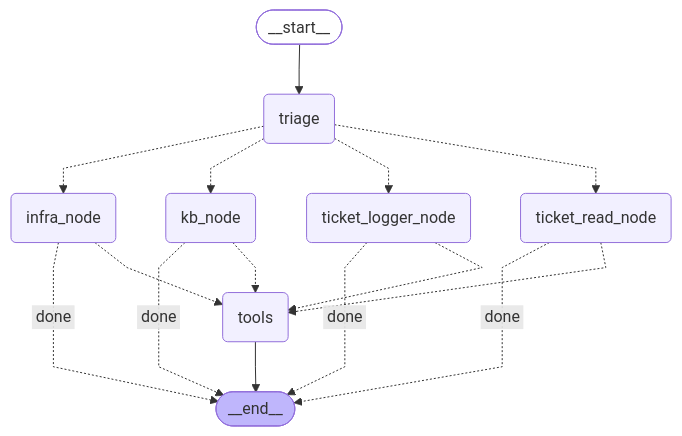
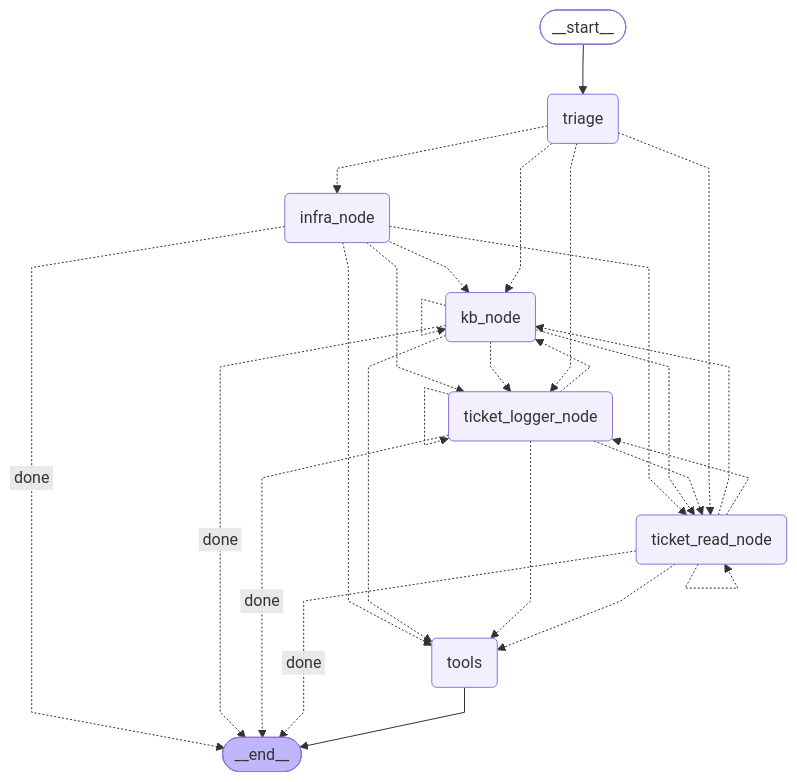
Before and after one commit to Deepak0511/opsPilot: the diagram in docs/graph_output.md, drawn with Mermaid. The commit also changed 15 other files, not shown here.

````diff
--- a/docs/graph_output.md
+++ b/docs/graph_output.md
@@ -8,34 +8,46 @@
 ```mermaid
 ---
 config:
   flowchart:
     curve: linear
 ---
 graph TD;
 	__start__([<p>__start__</p>]):::first
 	triage(triage)
 	kb_node(kb_node)
 	infra_node(infra_node)
 	ticket_read_node(ticket_read_node)
 	ticket_logger_node(ticket_logger_node)
 	tools(tools)
 	__end__([<p>__end__</p>]):::last
 	__start__ --> triage;
 	infra_node -. &nbsp;done&nbsp; .-> __end__;
+	infra_node -.-> kb_node;
+	infra_node -.-> ticket_logger_node;
+	infra_node -.-> ticket_read_node;
 	infra_node -.-> tools;
 	kb_node -. &nbsp;done&nbsp; .-> __end__;
+	kb_node -.-> ticket_logger_node;
+	kb_node -.-> ticket_read_node;
 	kb_node -.-> tools;
 	ticket_logger_node -. &nbsp;done&nbsp; .-> __end__;
+	ticket_logger_node -.-> kb_node;
+	ticket_logger_node -.-> ticket_read_node;
 	ticket_logger_node -.-> tools;
 	ticket_read_node -. &nbsp;done&nbsp; .-> __end__;
+	ticket_read_node -.-> kb_node;
+	ticket_read_node -.-> ticket_logger_node;
 	ticket_read_node -.-> tools;
 	triage -.-> infra_node;
 	triage -.-> kb_node;
 	triage -.-> ticket_logger_node;
 	triage -.-> ticket_read_node;
 	tools --> __end__;
+	kb_node -.-> kb_node;
+	ticket_logger_node -.-> ticket_logger_node;
+	ticket_read_node -.-> ticket_read_node;
 	classDef default fill:#f2f0ff,line-height:1.2
 	classDef first fill-opacity:0
 	classDef last fill:#bfb6fc
 
 ```
````
